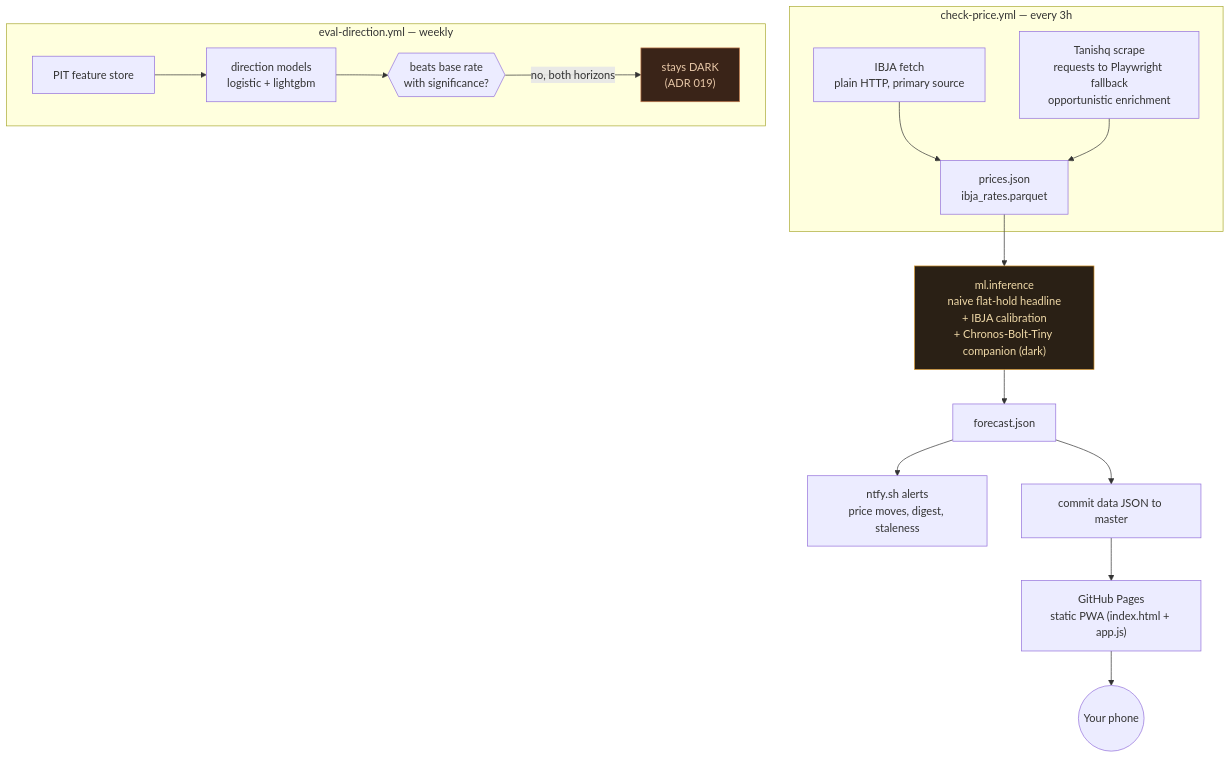
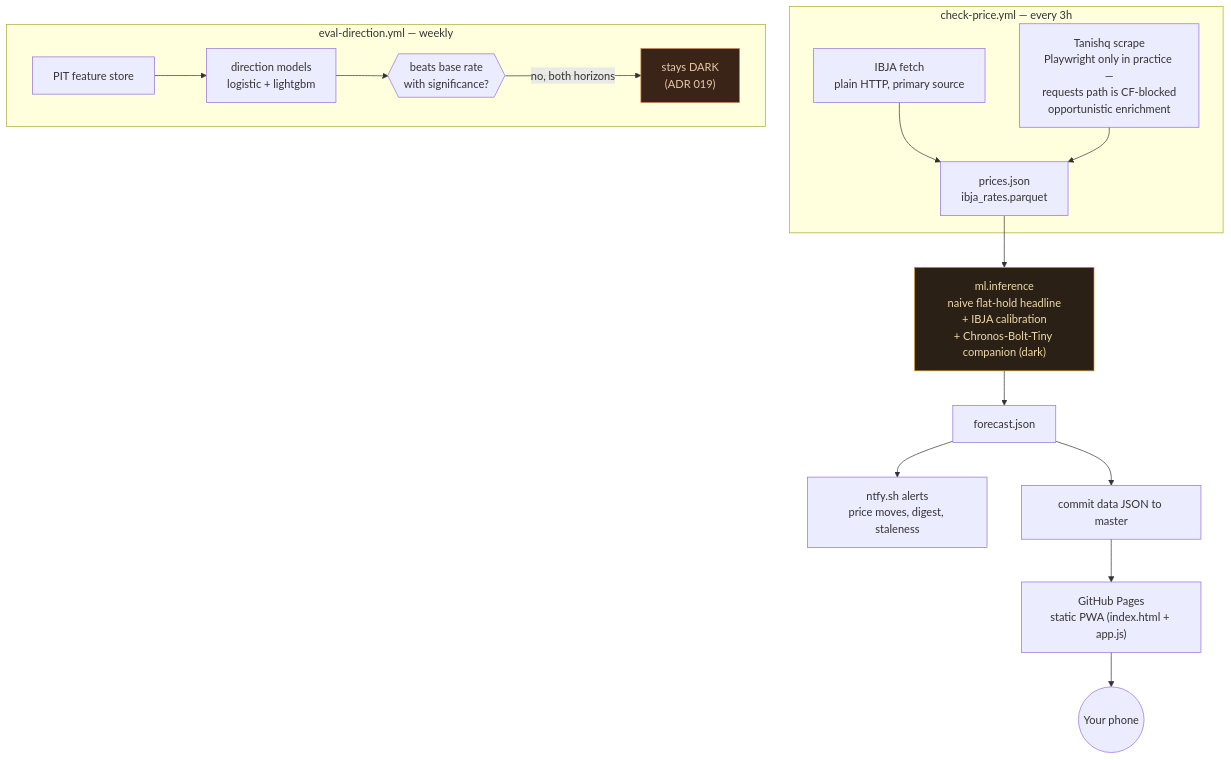
One commit to gaurav-gandhi-2411/gold-rate-tracker changed the diagram in README.md. Above: the diagram before and after it, drawn with Mermaid. The commit also changed other lines of this file, not shown here.

````diff
--- a/README.md
+++ b/README.md
@@ -27,24 +27,24 @@
 ```mermaid
 flowchart TD
     subgraph cron["check-price.yml — every 3h"]
         A["IBJA fetch<br/>plain HTTP, primary source"] --> C
-        B["Tanishq scrape<br/>requests to Playwright fallback<br/>opportunistic enrichment"] --> C
+        B["Tanishq scrape<br/>Playwright only in practice —<br/>requests path is CF-blocked<br/>opportunistic enrichment"] --> C
         C["prices.json<br/>ibja_rates.parquet"]
     end
 
     C --> D["ml.inference<br/>naive flat-hold headline<br/>+ IBJA calibration<br/>+ Chronos-Bolt-Tiny companion (dark)"]
     D --> E["forecast.json"]
     E --> F["ntfy.sh alerts<br/>price moves, digest, staleness"]
     E --> G["commit data JSON to master"]
     G --> H["GitHub Pages<br/>static PWA (index.html + app.js)"]
     H --> I(("Your phone"))
 
     subgraph weekly["eval-direction.yml — weekly"]
         J["PIT feature store"] --> K["direction models<br/>logistic + lightgbm"]
         K --> L{{"beats base rate<br/>with significance?"}}
         L -->|"no, both horizons"| M["stays DARK<br/>(ADR 019)"]
     end
 
     style M fill:#3a2418,stroke:#c67a4b,color:#e8c8a8
     style D fill:#2a2015,stroke:#d4932a,color:#f0d9a8
 ```
````
